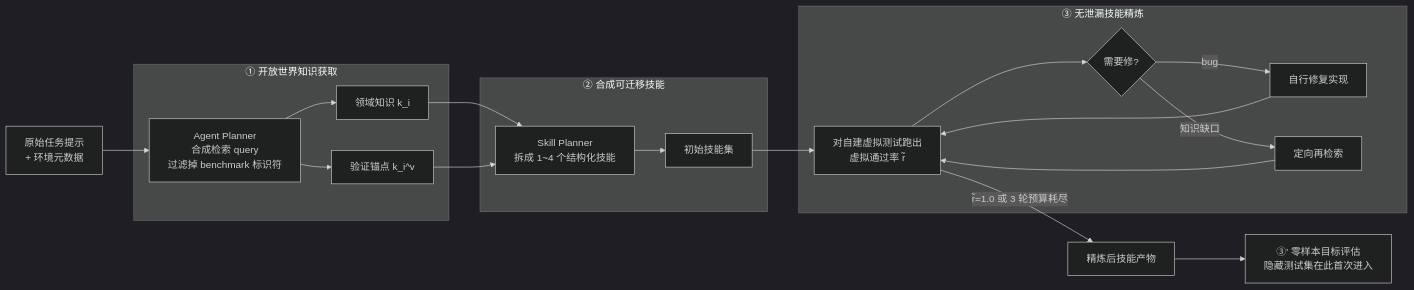
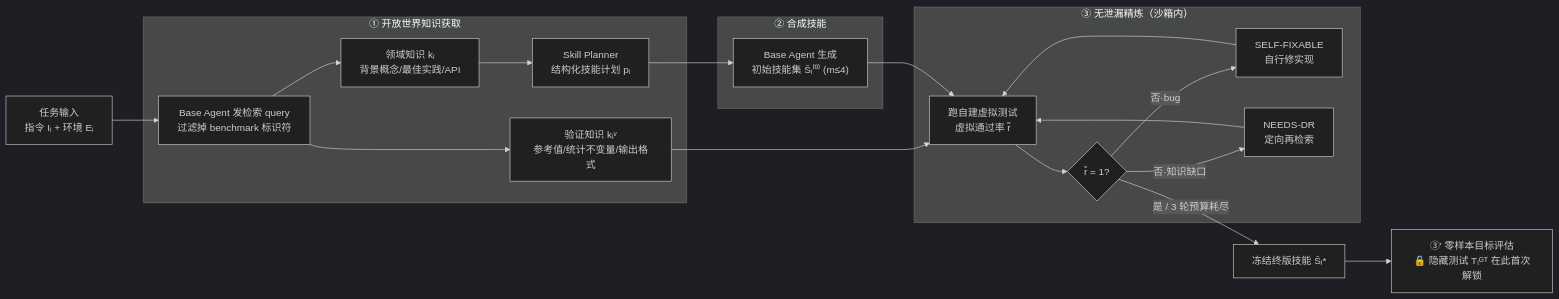
One commit to zhoujx4/llm-atlas changed the diagram in docs/skills/autoskill/openskill.md. Above: the diagram before and after it, drawn with Mermaid (dark theme). The commit also changed other lines of this file and 156 other files, not shown here.

First line of the commit message:
docs: 论文页按规范批量重排+配图，新增 Harness 工程演进四页

````diff
--- a/docs/skills/autoskill/openskill.md
+++ b/docs/skills/autoskill/openskill.md
@@ -23,23 +61,24 @@
 ```mermaid
 flowchart LR
-    P[原始任务提示<br/>+ 环境元数据] --> A
-    subgraph acquire[① 开放世界知识获取]
-      A[Agent Planner<br/>合成检索 query<br/>过滤掉 benchmark 标识符] --> K1[领域知识 k_i]
-      A --> K2[验证锚点 k_i^v]
+    P["任务输入<br/>指令 Iᵢ + 环境 Eᵢ"] --> A
+    subgraph acquire["① 开放世界知识获取"]
+      A["Base Agent 发检索 query<br/>过滤掉 benchmark 标识符"] --> K1["领域知识 kᵢ<br/>背景概念/最佳实践/API"]
+      A --> K2["验证知识 kᵢᵛ<br/>参考值/统计不变量/输出格式"]
+      K1 --> SP["Skill Planner<br/>结构化技能计划 pᵢ"]
     end
-    K1 --> S
-    K2 --> S
-    subgraph synthesize[② 合成可迁移技能]
-      S[Skill Planner<br/>拆成 1~4 个结构化技能] --> SK[初始技能集]
+    SP --> S
+    K2 --> R
+    subgraph synthesize["② 合成技能"]
+      S["Base Agent 生成<br/>初始技能集 Ŝᵢ⁽⁰⁾ (m≤4)"]
     end
-    SK --> R
-    subgraph refine[③ 无泄漏技能精炼]
-      R[对自建虚拟测试跑出<br/>虚拟通过率 r̃] --> D{需要修?}
-      D -- bug --> FIX[自行修复实现]
-      D -- 知识缺口 --> DR[定向再检索]
+    S --> R
+    subgraph refine["③ 无泄漏精炼（沙箱内）"]
+      R["跑自建虚拟测试<br/>虚拟通过率 r̃"] --> D{"r̃ = 1?"}
+      D -- "否·bug" --> FIX["SELF-FIXABLE<br/>自行修实现"]
+      D -- "否·知识缺口" --> DR["NEEDS-DR<br/>定向再检索"]
       FIX --> R
       DR --> R
     end
-    R -->|r̃=1.0 或 3 轮预算耗尽| OUT[精炼后技能产物]
-    OUT --> EVAL[③' 零样本目标评估<br/>隐藏测试集在此首次进入]
+    D -- "是 / 3 轮预算耗尽" --> OUT["冻结终版技能 Ŝᵢ*"]
+    OUT --> EVAL["③' 零样本目标评估<br/>🔒 隐藏测试 Tᵢᴳᵀ 在此首次解锁"]
 ```
````
